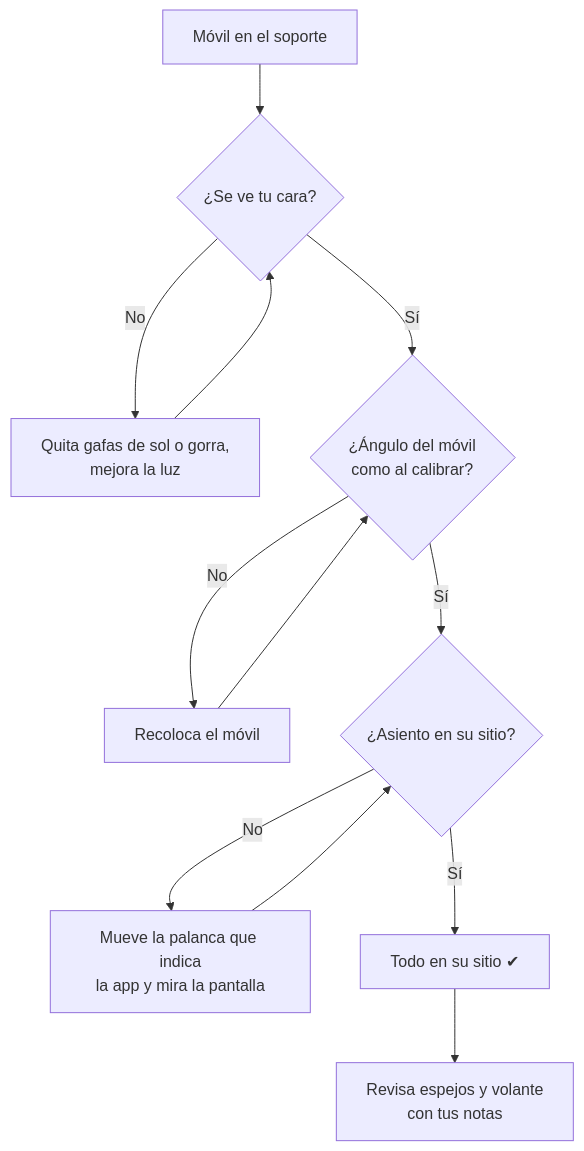
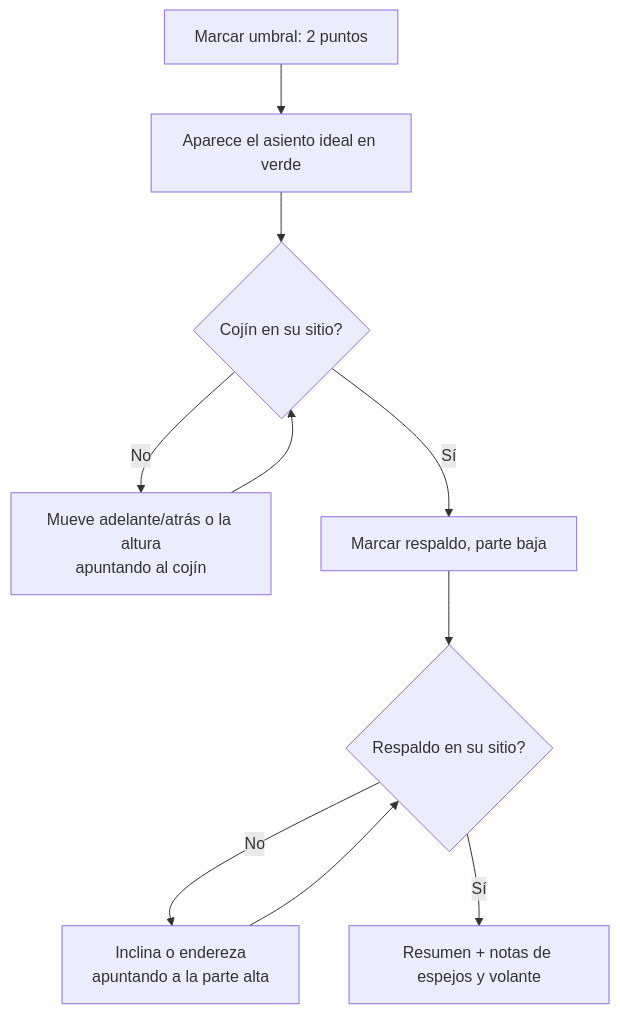
Before and after one commit to jhonjairo6230/my-car-possition: the diagram in docs/uso-en-el-auto.md, drawn with Mermaid. The commit also changed other lines of this file and 12 other files, not shown here.

First line of the commit message:
Documentación y ADR de la guía del asiento con realidad aumentada

````diff
--- a/docs/uso-en-el-auto.md
+++ b/docs/uso-en-el-auto.md
@@ -37,10 +44,10 @@
 ```mermaid
 flowchart TD
-    A[Móvil en el soporte] --> B{¿Se ve tu cara?}
-    B -- No --> B1[Quita gafas de sol o gorra,<br/>mejora la luz] --> B
-    B -- Sí --> C{¿Ángulo del móvil<br/>como al calibrar?}
-    C -- No --> C1[Recoloca el móvil] --> C
-    C -- Sí --> D{¿Asiento en su sitio?}
-    D -- No --> D1[Mueve la palanca que indica<br/>la app y mira la pantalla] --> D
-    D -- Sí --> E[Todo en su sitio ✔] --> F[Revisa espejos y volante<br/>con tus notas]
+    A[Marcar umbral: 2 puntos] --> B[Aparece el asiento ideal en verde]
+    B --> C{Cojín en su sitio?}
+    C -- No --> C1[Mueve adelante/atrás o la altura<br/>apuntando al cojín] --> C
+    C -- Sí --> D[Marcar respaldo, parte baja]
+    D --> E{Respaldo en su sitio?}
+    E -- No --> E1[Inclina o endereza<br/>apuntando a la parte alta] --> E
+    E -- Sí --> F[Resumen + notas de espejos y volante]
 ```
````
